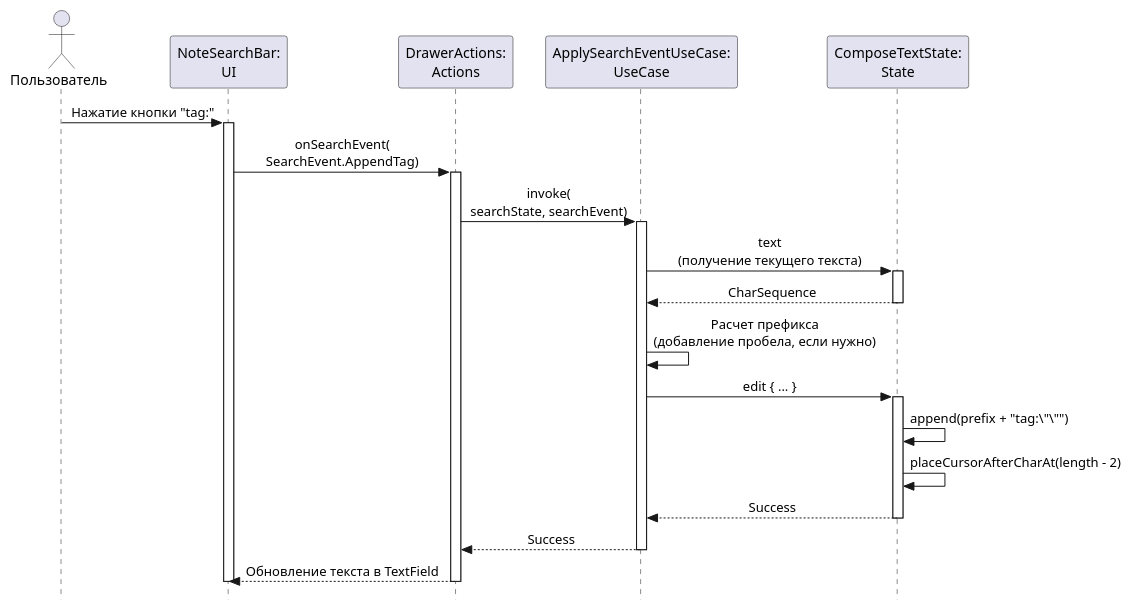
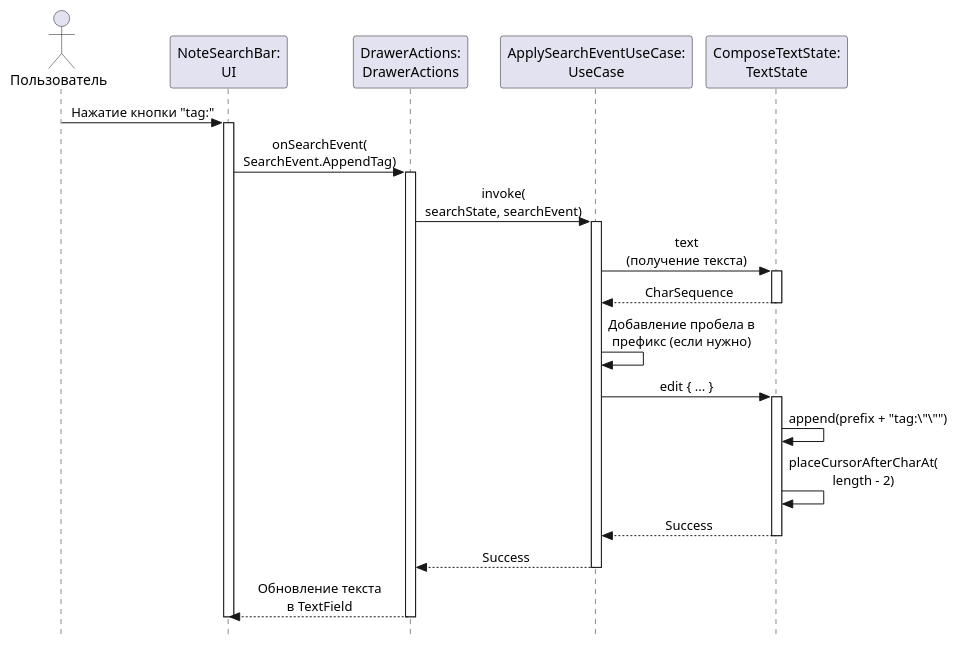
Before and after one commit to mangustc/markdown-editor: the diagram in plantuml/sequence-search-event.puml, drawn with PlantUML. The commit also changed 5 other files, not shown here.

Commit message:
update diagrams

```diff
--- a/plantuml/sequence-search-event.puml
+++ b/plantuml/sequence-search-event.puml
@@ -1,42 +1,42 @@
 @startuml
 skinparam style strictuml
 skinparam sequenceMessageAlign center
 
 actor "Пользователь" as User
 participant "NoteSearchBar:\nUI" as UI
-participant "DrawerActions:\nActions" as Actions
+participant "DrawerActions:\nDrawerActions" as Actions
 participant "ApplySearchEventUseCase:\nUseCase" as SearchUseCase
-participant "ComposeTextState:\nState" as TextState
+participant "ComposeTextState:\nTextState" as TextState
 
 User -> UI : Нажатие кнопки "tag:"
 activate UI
 
 UI -> Actions : onSearchEvent(\nSearchEvent.AppendTag)
 activate Actions
 
 Actions -> SearchUseCase : invoke(\nsearchState, searchEvent)
 activate SearchUseCase
 
-SearchUseCase -> TextState : text\n(получение текущего текста)
+SearchUseCase -> TextState : text\n(получение текста)
 activate TextState
 TextState --> SearchUseCase : CharSequence
 deactivate TextState
 
-SearchUseCase -> SearchUseCase : Расчет префикса\n(добавление пробела, если нужно)
+SearchUseCase -> SearchUseCase : Добавление пробела в\nпрефикс (если нужно)
 
 SearchUseCase -> TextState : edit { ... }
 activate TextState
 
 TextState -> TextState : append(prefix + "tag:\"\"")
-TextState -> TextState : placeCursorAfterCharAt(length - 2)
+TextState -> TextState : placeCursorAfterCharAt(\nlength - 2)
 TextState --> SearchUseCase : Success
 deactivate TextState
 
 SearchUseCase --> Actions : Success
 deactivate SearchUseCase
 
-Actions --> UI : Обновление текста в TextField
+Actions --> UI : Обновление текста\nв TextField
 deactivate Actions
 deactivate UI
 
 @enduml
```
